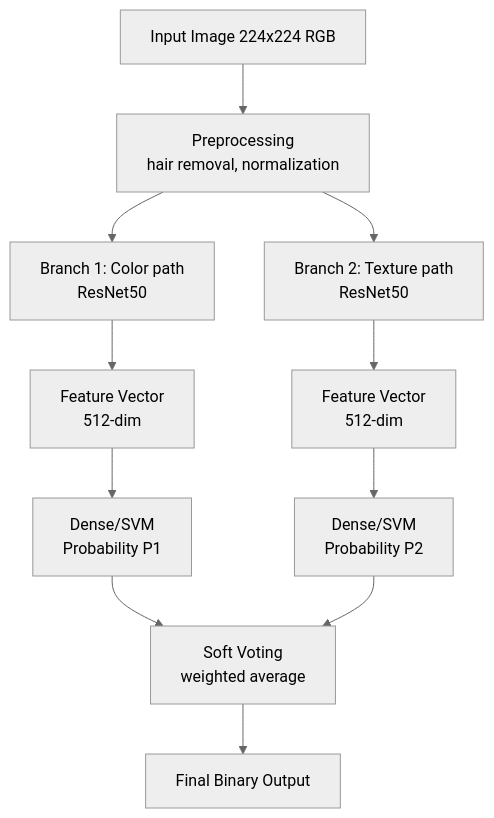
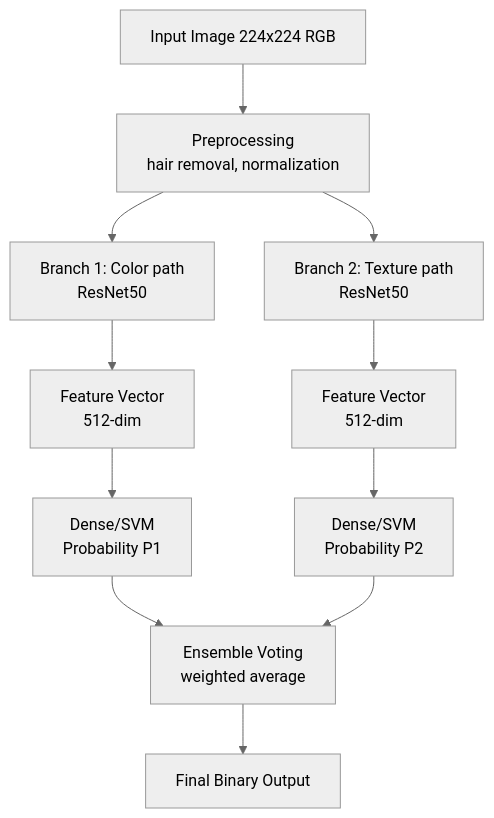
Before and after one commit to mrcklwhn/dermascan: the second of 2 diagrams in docs/ml/multibranch_architecture.md, drawn with Mermaid (neutral theme). The commit also changed other lines of this file and 2 other files, not shown here.

````diff
--- a/docs/ml/multibranch_architecture.md
+++ b/docs/ml/multibranch_architecture.md
@@ -44,13 +44,13 @@
 ```mermaid
 graph TD
     Input[Input Image 224x224 RGB] --> Preproc[Preprocessing<br/>hair removal, normalization]
     Preproc --> B1[Branch 1: Color path<br/>ResNet50]
     Preproc --> B2[Branch 2: Texture path<br/>ResNet50]
     B1 --> FV1[Feature Vector<br/>512-dim]
     B2 --> FV2[Feature Vector<br/>512-dim]
     FV1 --> P1[Dense/SVM<br/>Probability P1]
     FV2 --> P2[Dense/SVM<br/>Probability P2]
-    P1 --> Voting[Soft Voting<br/>weighted average]
+    P1 --> Voting[Ensemble Voting<br/>weighted average]
     P2 --> Voting
     Voting --> Output[Final Binary Output]
 ```
````
